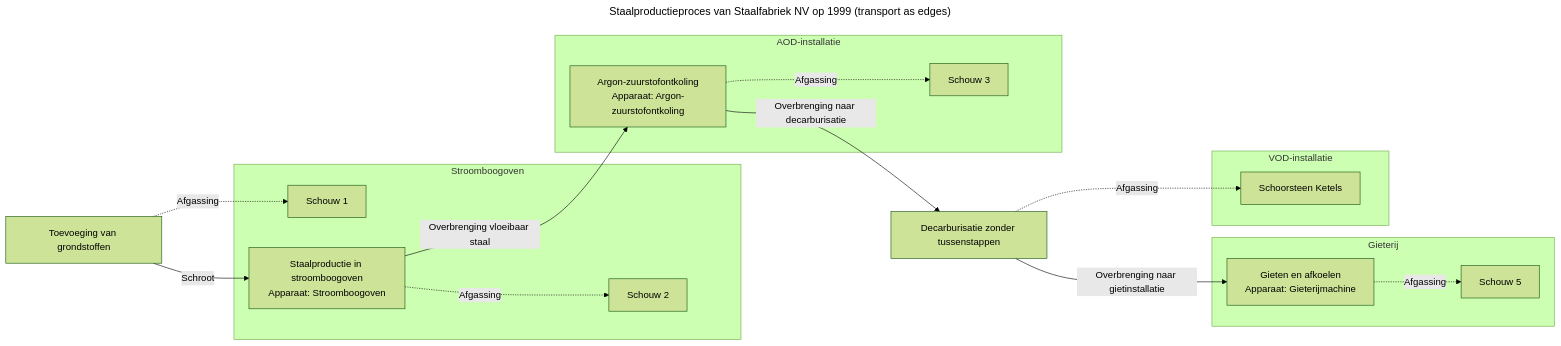
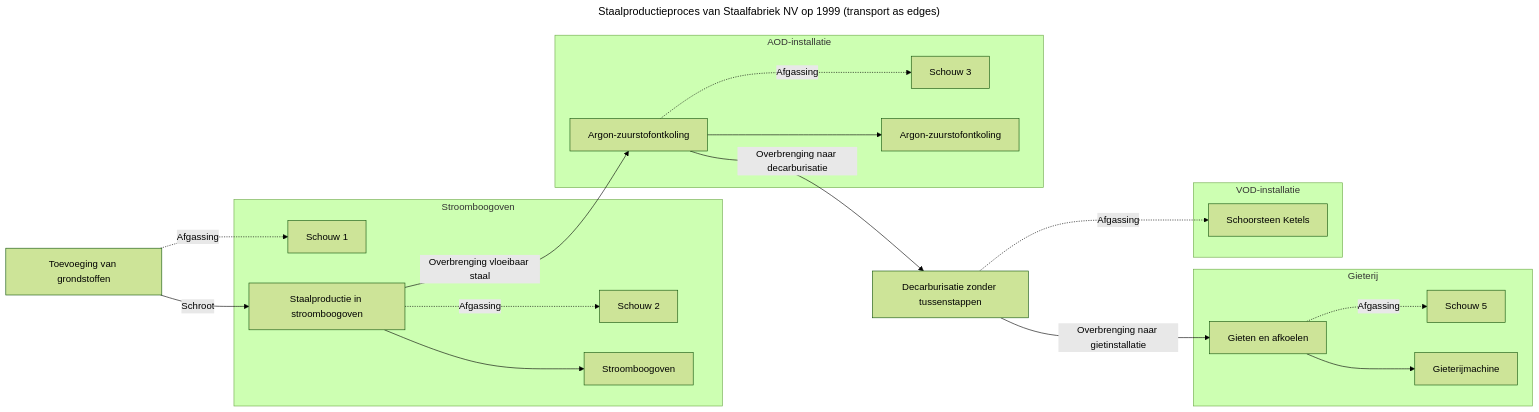
One commit to milieuinfo/RIE-IEPR changed the diagram in documentatie/bin/activiteit-visualisatie/diagrams/0400123123_6851234567_ACTIVITEIT_1_VERSIE1999_proces_0400123123_6851234567_ACTIVITEIT_1_VERSIE1999_transport.mmd. Above: the diagram before and after it, drawn with Mermaid (forest theme). The commit also changed 23 other files, not shown here.

```diff
--- a/documentatie/bin/activiteit-visualisatie/diagrams/0400123123_6851234567_ACTIVITEIT_1_VERSIE1999_proces_0400123123_6851234567_ACTIVITEIT_1_VERSIE1999_transport.mmd
+++ b/documentatie/bin/activiteit-visualisatie/diagrams/0400123123_6851234567_ACTIVITEIT_1_VERSIE1999_proces_0400123123_6851234567_ACTIVITEIT_1_VERSIE1999_transport.mmd
@@ -1,38 +1,37 @@
 ---
 title: "Staalproductieproces van Staalfabriek NV op 1999 (transport as edges)"
 ---
 flowchart LR
 subgraph installatie_0400123123_6851234567_0000001["Stroomboogoven"]
 emissiepunt_0400123123_6851234567_0000001["Schouw 1"]
 emissiepunt_0400123123_6851234567_0000002["Schouw 2"]
-proces_0400123123_6851234567_ACTIVITEIT_1_0004["Staalproductie in stroomboogoven
-Apparaat: Stroomboogoven"]
+apparaat_0400123123_6851234567_0001["Stroomboogoven"]
+proces_0400123123_6851234567_ACTIVITEIT_1_0004["Staalproductie in stroomboogoven"]
 end
 subgraph installatie_0400123123_6851234567_0000002["Gieterij"]
 emissiepunt_0400123123_6851234567_0000005["Schouw 5"]
-proces_0400123123_6851234567_ACTIVITEIT_1_0011["Gieten en afkoelen
-Apparaat: Gieterijmachine"]
+apparaat_0400123123_6851234567_0002["Gieterijmachine"]
+proces_0400123123_6851234567_ACTIVITEIT_1_0011["Gieten en afkoelen"]
 end
 subgraph installatie_0400123123_6851234567_0000003["VOD-installatie"]
 emissiepunt_0400123123_6851234567_0000004["Schoorsteen Ketels"]
 end
 subgraph installatie_0400123123_6851234567_0000004["AOD-installatie"]
 emissiepunt_0400123123_6851234567_0000003["Schouw 3"]
-proces_0400123123_6851234567_ACTIVITEIT_1_0007["Argon-zuurstofontkoling
-Apparaat: Argon-zuurstofontkoling"]
+apparaat_0400123123_6851234567_0004["Argon-zuurstofontkoling"]
+proces_0400123123_6851234567_ACTIVITEIT_1_0007["Argon-zuurstofontkoling"]
 end
 proces_0400123123_6851234567_ACTIVITEIT_1_0001["Toevoeging van grondstoffen"]
 proces_0400123123_6851234567_ACTIVITEIT_1_0009_VERSIE1999["Decarburisatie zonder tussenstappen"]
-installatie_0400123123_6851234567_0000001["Stroomboogoven"]
-installatie_0400123123_6851234567_0000002["Gieterij"]
-installatie_0400123123_6851234567_0000003["VOD-installatie"]
-installatie_0400123123_6851234567_0000004["AOD-installatie"]
+proces_0400123123_6851234567_ACTIVITEIT_1_0004 --> apparaat_0400123123_6851234567_0001
+proces_0400123123_6851234567_ACTIVITEIT_1_0007 --> apparaat_0400123123_6851234567_0004
+proces_0400123123_6851234567_ACTIVITEIT_1_0011 --> apparaat_0400123123_6851234567_0002
 proces_0400123123_6851234567_ACTIVITEIT_1_0001 -- "Schroot" --> proces_0400123123_6851234567_ACTIVITEIT_1_0004
 proces_0400123123_6851234567_ACTIVITEIT_1_0004 -- "Overbrenging vloeibaar staal" --> proces_0400123123_6851234567_ACTIVITEIT_1_0007
 proces_0400123123_6851234567_ACTIVITEIT_1_0007 -- "Overbrenging naar decarburisatie" --> proces_0400123123_6851234567_ACTIVITEIT_1_0009_VERSIE1999
 proces_0400123123_6851234567_ACTIVITEIT_1_0009_VERSIE1999 -- "Overbrenging naar gietinstallatie" --> proces_0400123123_6851234567_ACTIVITEIT_1_0011
 proces_0400123123_6851234567_ACTIVITEIT_1_0001 -. "Afgassing" .-> emissiepunt_0400123123_6851234567_0000001
 proces_0400123123_6851234567_ACTIVITEIT_1_0004 -. "Afgassing" .-> emissiepunt_0400123123_6851234567_0000002
 proces_0400123123_6851234567_ACTIVITEIT_1_0007 -. "Afgassing" .-> emissiepunt_0400123123_6851234567_0000003
 proces_0400123123_6851234567_ACTIVITEIT_1_0009_VERSIE1999 -. "Afgassing" .-> emissiepunt_0400123123_6851234567_0000004
 proces_0400123123_6851234567_ACTIVITEIT_1_0011 -. "Afgassing" .-> emissiepunt_0400123123_6851234567_0000005
```
